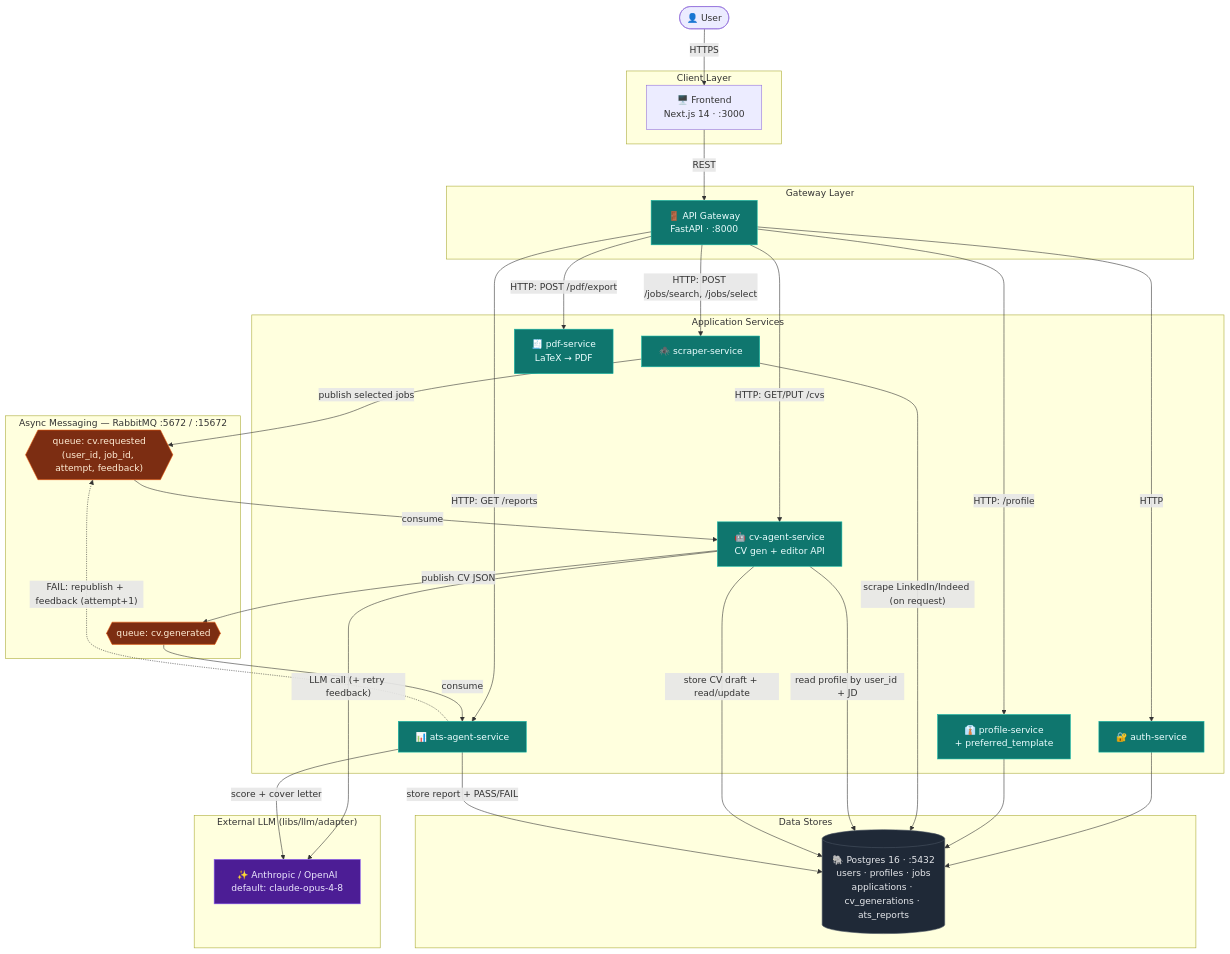
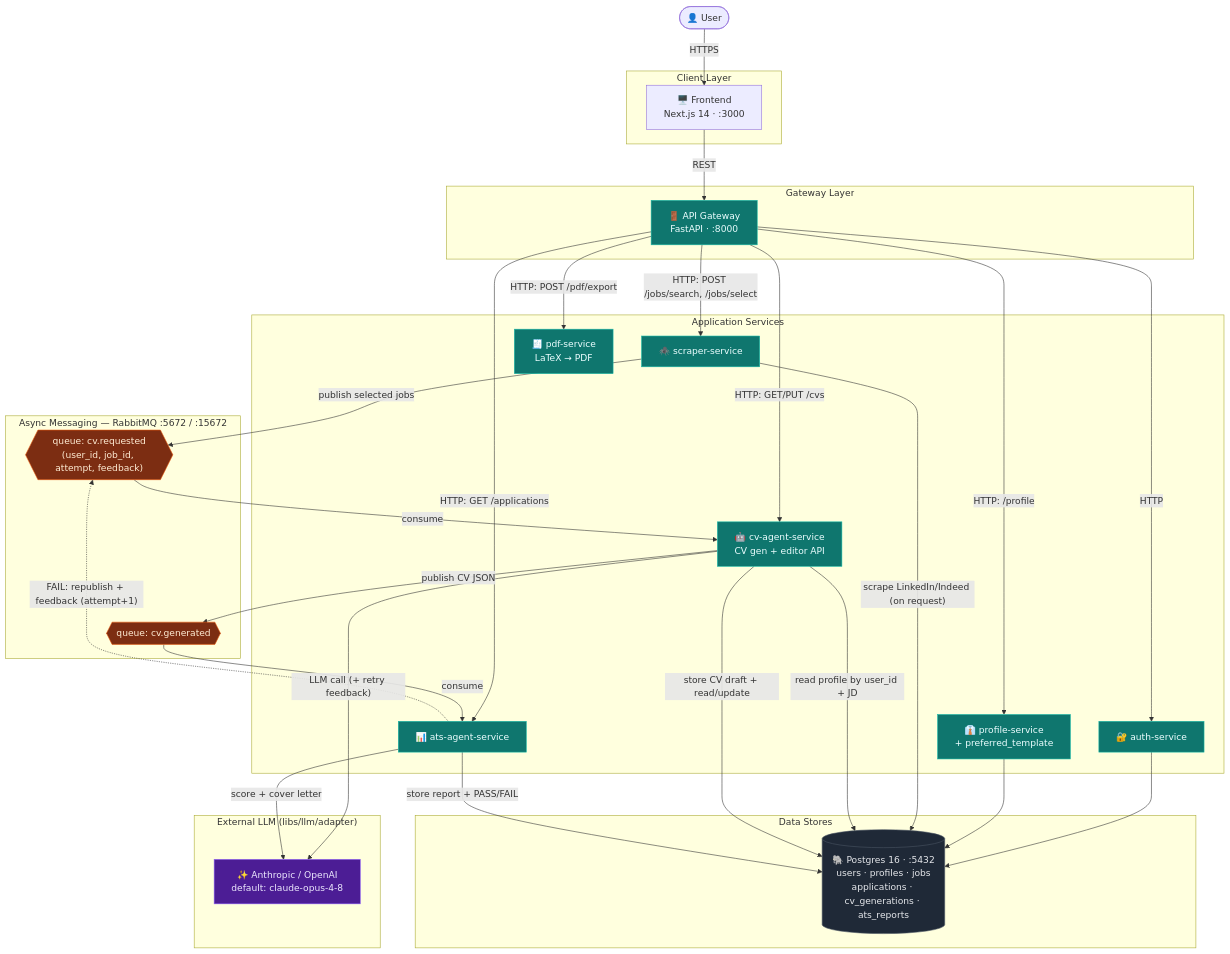
Before and after one commit to Tooltu-deve/Autonomous-Career-Agent: the first of 2 diagrams in docs/ARCHITECTURE.md, drawn with Mermaid. The commit also changed other lines of this file and 3 other files, not shown here.

Commit message:
feat(gateway): route /applications to ats-agent-service, drop dead /reports route per API_CONTRACT

````diff
--- a/docs/ARCHITECTURE.md
+++ b/docs/ARCHITECTURE.md
@@ -12,71 +12,71 @@
 ```mermaid
 flowchart TB
     User([👤 User])
 
     subgraph client["Client Layer"]
         FE["🖥️ Frontend<br/>Next.js 14 · :3000"]
     end
 
     subgraph gateway["Gateway Layer"]
         GW["🚪 API Gateway<br/>FastAPI · :8000"]
     end
 
     subgraph services["Application Services"]
         AUTH["🔐 auth-service"]
         PROF["👔 profile-service<br/>+ preferred_template"]
         SCRAPER["🕷️ scraper-service"]
         CV["🤖 cv-agent-service<br/>CV gen + editor API"]
         ATS["📊 ats-agent-service"]
         PDF["🧾 pdf-service<br/>LaTeX → PDF"]
     end
 
     subgraph messaging["Async Messaging — RabbitMQ :5672 / :15672"]
         Q1{{"queue: cv.requested<br/>(user_id, job_id, attempt, feedback)"}}
         Q2{{"queue: cv.generated"}}
     end
 
     subgraph data["Data Stores"]
         PG[("🐘 Postgres 16 · :5432<br/>users · profiles · jobs<br/>applications · cv_generations · ats_reports")]
     end
 
     subgraph external["External LLM (libs/llm/adapter)"]
         LLM["✨ Anthropic / OpenAI<br/>default: claude-opus-4-8"]
     end
 
     %% Sync HTTP flows
     User -->|HTTPS| FE
     FE -->|REST| GW
     GW -->|HTTP| AUTH
     GW -->|"HTTP: /profile"| PROF
     GW -->|"HTTP: POST /jobs/search, /jobs/select"| SCRAPER
     GW -->|"HTTP: GET/PUT /cvs"| CV
-    GW -->|"HTTP: GET /reports"| ATS
+    GW -->|"HTTP: GET /applications"| ATS
     GW -->|"HTTP: POST /pdf/export"| PDF
 
     %% Data access
     AUTH --> PG
     PROF --> PG
 
     %% Async pipeline (CV generation + scoring loop)
     SCRAPER -->|"scrape LinkedIn/Indeed (on request)"| PG
     SCRAPER -->|"publish selected jobs"| Q1
     Q1 -->|consume| CV
     CV -->|"read profile by user_id + JD"| PG
     CV -->|"LLM call (+ retry feedback)"| LLM
     CV -->|"store CV draft + read/update"| PG
     CV -->|publish CV JSON| Q2
     Q2 -->|consume| ATS
     ATS -->|score + cover letter| LLM
     ATS -->|"store report + PASS/FAIL"| PG
     ATS -.->|"FAIL: republish + feedback (attempt+1)"| Q1
 
     classDef infra fill:#1f2937,stroke:#4b5563,color:#e5e7eb
     classDef svc fill:#0f766e,stroke:#14b8a6,color:#ecfeff
     classDef queue fill:#7c2d12,stroke:#ea580c,color:#ffedd5
     classDef ext fill:#4c1d95,stroke:#8b5cf6,color:#ede9fe
 
     class PG,QD infra
     class AUTH,PROF,SCRAPER,CV,ATS,PDF,GW svc
     class Q1,Q2 queue
     class LLM ext
 ```
````
